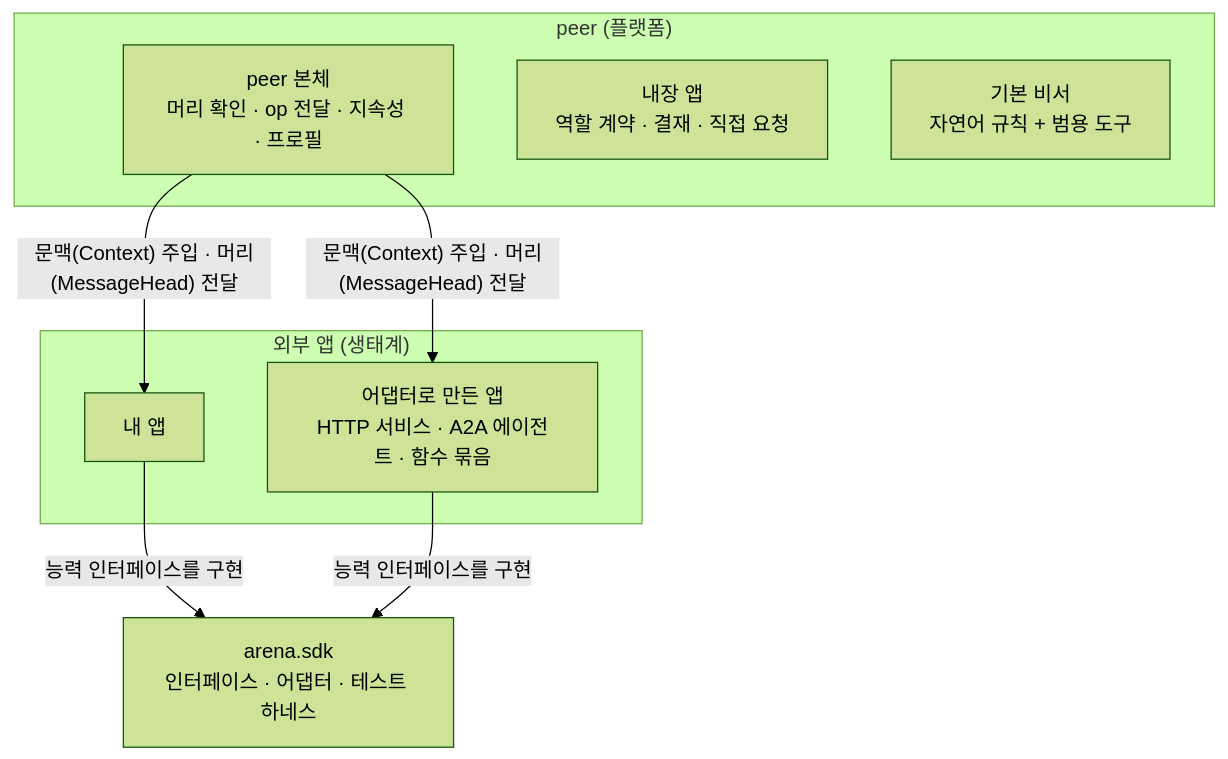
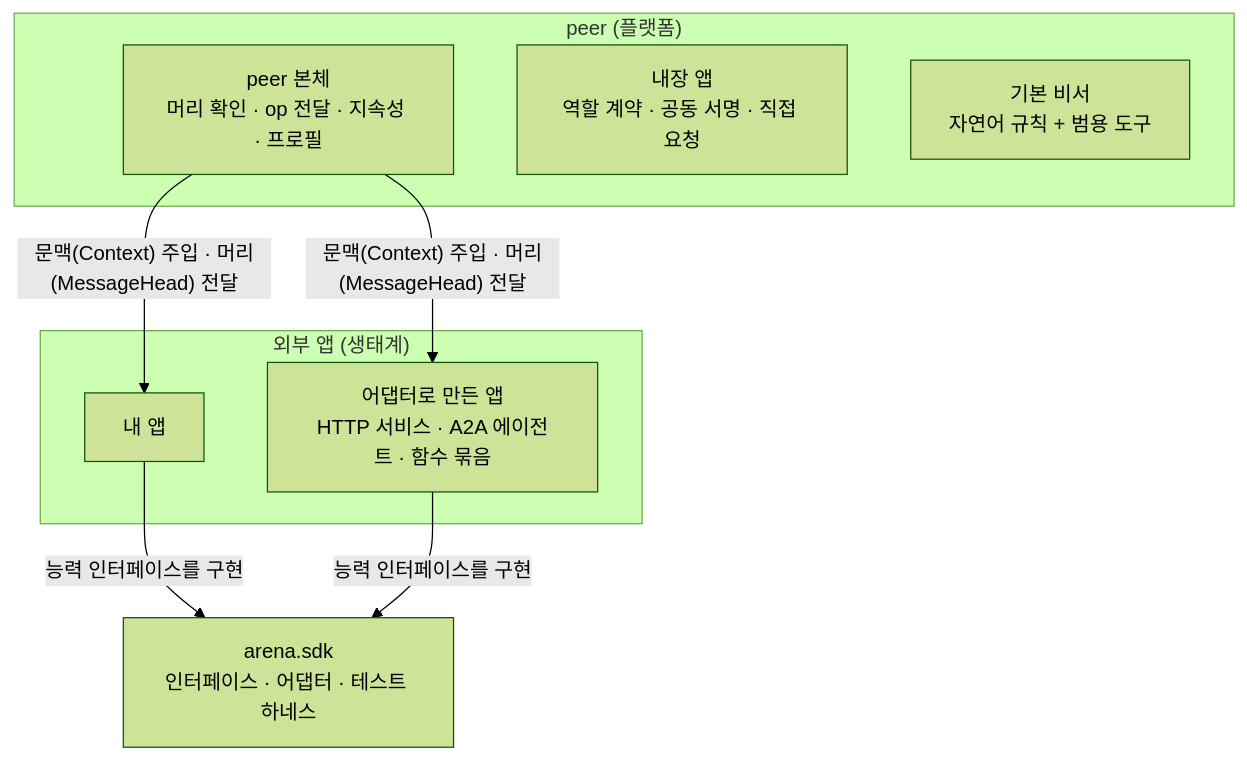
The diagram in dev/app-guide.md (tanminkwan/share-ur-tokens), drawn with Mermaid (forest theme) before and after one commit. The commit also changed other lines of this file and 43 other files, not shown here.

````diff
--- a/dev/app-guide.md
+++ b/dev/app-guide.md
@@ -10,15 +10,15 @@
 ```mermaid
 flowchart TB
     subgraph peer["peer (플랫폼)"]
         CORE["peer 본체<br/>머리 확인 · op 전달 · 지속성 · 프로필"]
-        BUILTIN["내장 앱<br/>역할 계약 · 결재 · 직접 요청"]
+        BUILTIN["내장 앱<br/>역할 계약 · 공동 서명 · 직접 요청"]
         ASSIST["기본 비서<br/>자연어 규칙 + 범용 도구"]
     end
     subgraph apps["외부 앱 (생태계)"]
         A1["내 앱"]
         A2["어댑터로 만든 앱<br/>HTTP 서비스 · A2A 에이전트 · 함수 묶음"]
     end
     SDK["arena.sdk<br/>인터페이스 · 어댑터 · 테스트 하네스"]
     A1 & A2 -- "능력 인터페이스를 구현" --> SDK
     CORE -- "문맥(Context) 주입 · 머리(MessageHead) 전달" --> A1 & A2
 ```
````
